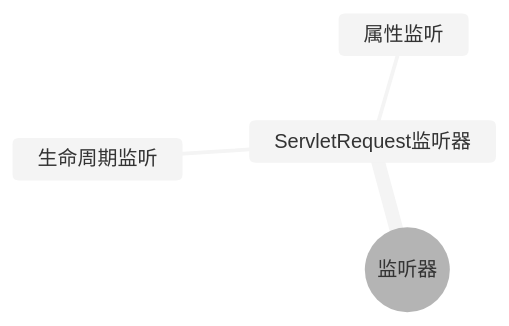
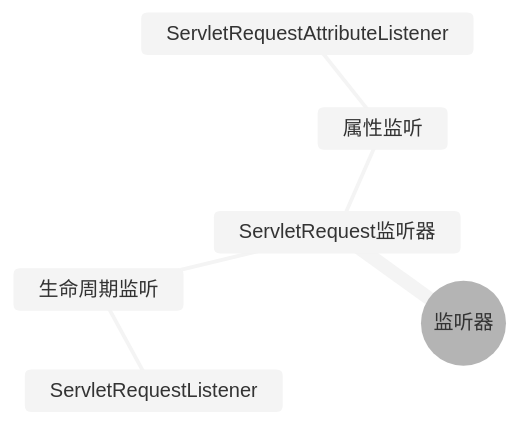
One commit to XingJi-love/XingJi-blog-plume changed the third of 4 diagrams in docs/JavaWeb/会话_过滤器_监听器.md. Above: the diagram before and after it, drawn with Mermaid (neutral theme). The commit also changed other lines of this file and 6 other files, not shown here.

````diff
--- a/docs/JavaWeb/会话_过滤器_监听器.md
+++ b/docs/JavaWeb/会话_过滤器_监听器.md
@@ -1546,7 +1554,9 @@
 ```mermaid
 mindmap
   root((监听器))
       ServletRequest监听器
         生命周期监听
+        	ServletRequestListener
         属性监听
+        	ServletRequestAttributeListener
 ```
````
